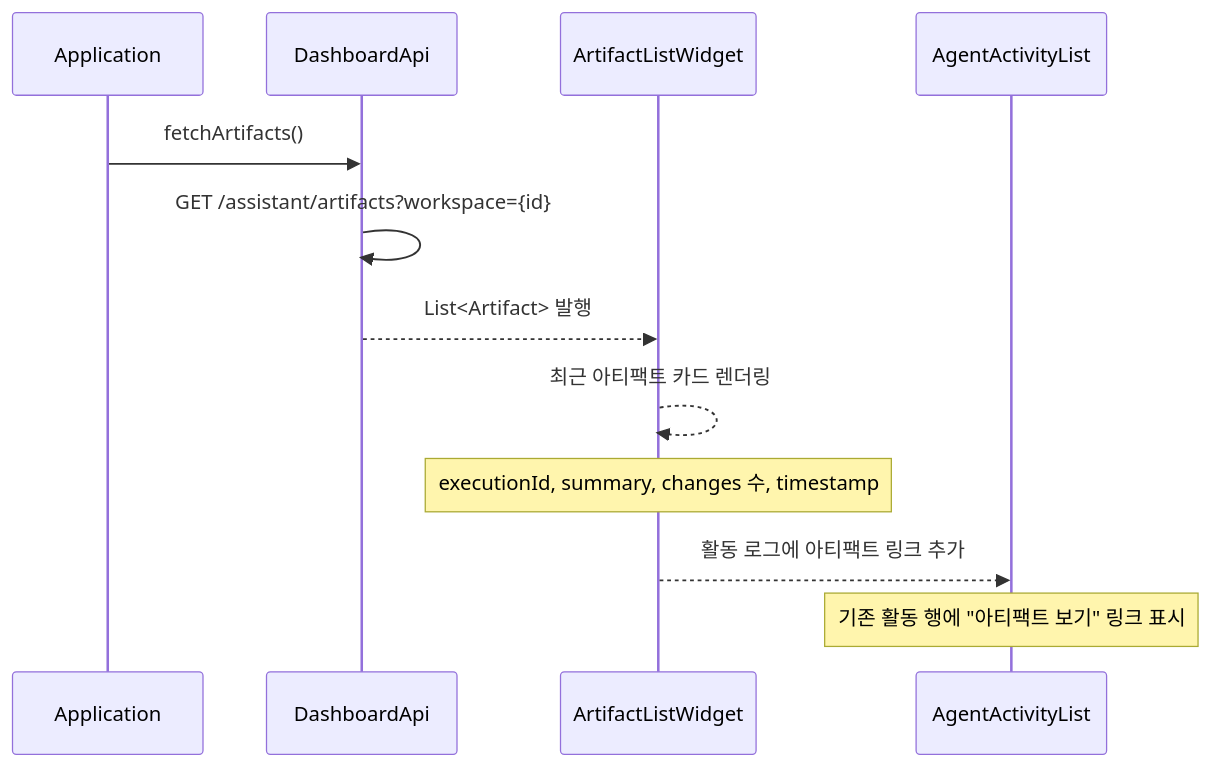
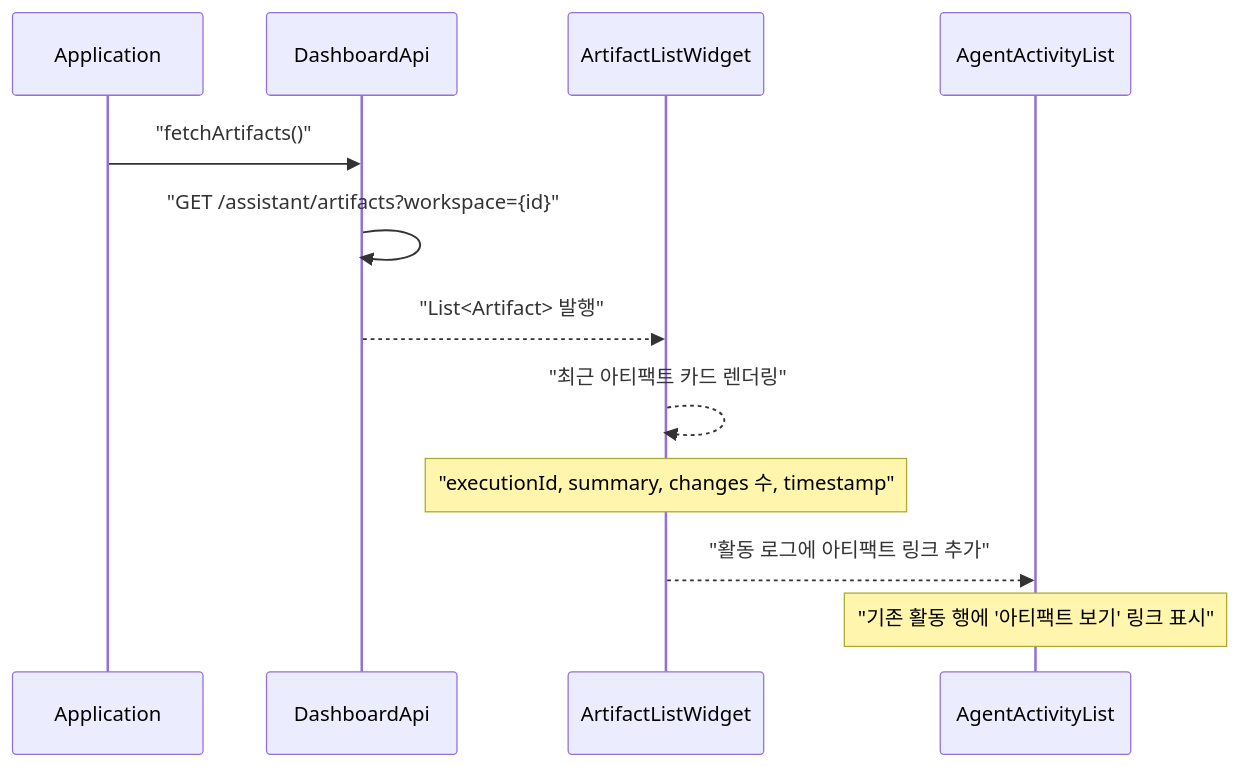
The third of 3 diagrams in dashboard-ui/USECASE.md (sayaya1090/handbook), drawn with Mermaid before and after one commit. The commit also changed other lines of this file and 10 other files, not shown here.

````diff
--- a/dashboard-ui/USECASE.md
+++ b/dashboard-ui/USECASE.md
@@ -89,16 +62,16 @@
 ```mermaid
 sequenceDiagram
     participant App as Application
     participant API as DashboardApi
     participant ALW as ArtifactListWidget
     participant AAL as AgentActivityList
 
-    App->>API: fetchArtifacts()
-    API->>API: GET /assistant/artifacts?workspace={id}
-    API-->>ALW: List<Artifact> 발행
-    ALW-->>ALW: 최근 아티팩트 카드 렌더링
-    Note over ALW: executionId, summary, changes 수, timestamp
+    App->>API: "fetchArtifacts()"
+    API->>API: "GET /assistant/artifacts?workspace={id}"
+    API-->>ALW: "List<Artifact> 발행"
+    ALW-->>ALW: "최근 아티팩트 카드 렌더링"
+    Note over ALW: "executionId, summary, changes 수, timestamp"
 
-    ALW-->>AAL: 활동 로그에 아티팩트 링크 추가
-    Note over AAL: 기존 활동 행에 "아티팩트 보기" 링크 표시
+    ALW-->>AAL: "활동 로그에 아티팩트 링크 추가"
+    Note over AAL: "기존 활동 행에 '아티팩트 보기' 링크 표시"
 ```
````
